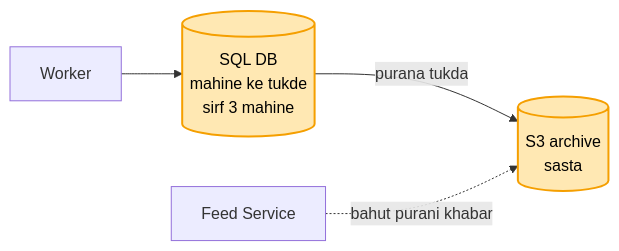
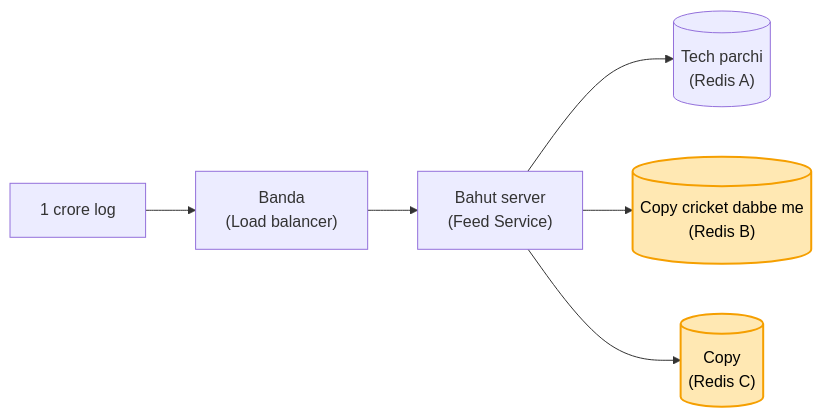
The fourth of 4 diagrams in 04_HLD/SYSTEM_DESIGNS/08_news_aggregator/08_news_aggregator.md (ArpanMaheshwari144/Prep), drawn with Mermaid before and after one commit. The commit also changed other lines of this file, not shown here.

````diff
--- a/04_HLD/SYSTEM_DESIGNS/08_news_aggregator/08_news_aggregator.md
+++ b/04_HLD/SYSTEM_DESIGNS/08_news_aggregator/08_news_aggregator.md
@@ -368,8 +132,10 @@
 ```mermaid
 flowchart LR
-    W["Worker"] --> D[("SQL DB<br/>mahine ke tukde<br/>sirf 3 mahine")]
-    D -- "purana tukda" --> S3[("S3 archive<br/>sasta")]
-    FS["Feed Service"] -. "bahut purani khabar" .-> S3
-    style D fill:#ffe8b3,stroke:#f59f00,stroke-width:2px,color:#000
-    style S3 fill:#ffe8b3,stroke:#f59f00,stroke-width:2px,color:#000
+    A["1 crore log"] --> LB["Banda<br/>(Load balancer)"]
+    LB --> FS["Bahut server<br/>(Feed Service)"]
+    FS --> P1[("Tech parchi<br/>(Redis A)")]
+    FS --> P2[("Copy cricket dabbe me<br/>(Redis B)")]
+    FS --> P3[("Copy<br/>(Redis C)")]
+    style P2 fill:#ffe8b3,stroke:#f59f00,stroke-width:2px,color:#000
+    style P3 fill:#ffe8b3,stroke:#f59f00,stroke-width:2px,color:#000
 ```
````
